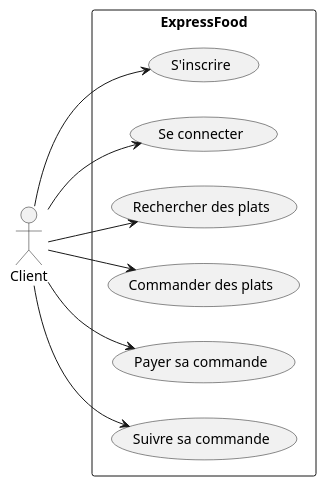
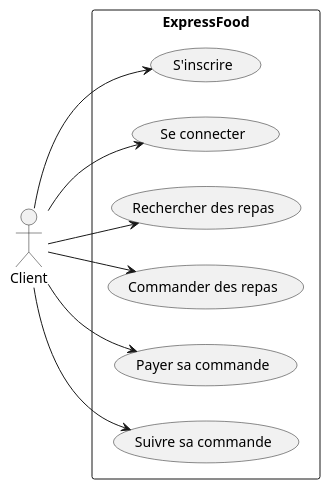
Before and after one commit to laurasullyalexandrine/expressfood: the diagram in UseCase/Client.puml, drawn with PlantUML. The commit also changed 9 other files, not shown here.

```diff
--- a/UseCase/Client.puml
+++ b/UseCase/Client.puml
@@ -2,23 +2,23 @@
 @startuml Client
 
 left to right direction
 
 actor "Client" as Client
 
 rectangle ExpressFood {
   usecase "S'inscrire" as UC1
   usecase "Se connecter" as UC2
-  usecase "Rechercher des plats" as UC3
-  usecase "Commander des plats" as UC4
+  usecase "Rechercher des repas" as UC3
+  usecase "Commander des repas" as UC4
   usecase "Payer sa commande" as UC5
   usecase "Suivre sa commande" as UC6
 }
 
 Client --> UC1
 Client --> UC2
 Client --> UC3
 Client --> UC4
 Client --> UC5
 Client --> UC6
 
 @enduml
```
